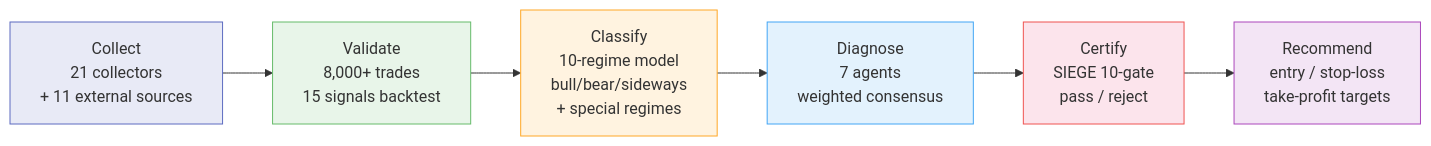
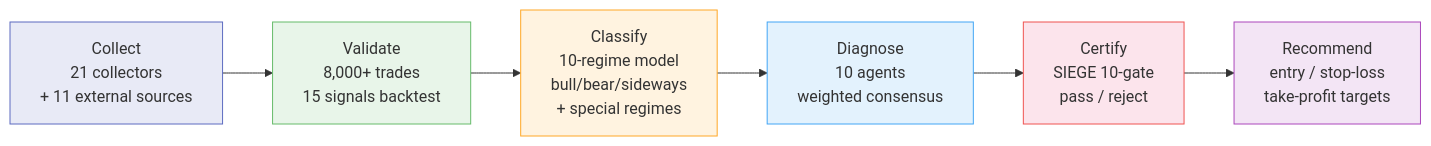
Before and after one commit to researcherhojin/nuri-quant: the diagram in README.md, drawn with Mermaid. The commit also changed other lines of this file and 34 other files, not shown here.

````diff
--- a/README.md
+++ b/README.md
@@ -19,15 +19,15 @@
 ```mermaid
 graph LR
     A["Collect<br/>21 collectors<br/>+ 11 external sources"] --> B["Validate<br/>8,000+ trades<br/>15 signals backtest"]
     B --> C["Classify<br/>10-regime model<br/>bull/bear/sideways<br/>+ special regimes"]
-    C --> D["Diagnose<br/>7 agents<br/>weighted consensus"]
+    C --> D["Diagnose<br/>10 agents<br/>weighted consensus"]
     D --> E["Certify<br/>SIEGE 10-gate<br/>pass / reject"]
     E --> F["Recommend<br/>entry / stop-loss<br/>take-profit targets"]
 
     style A fill:#e8eaf6,stroke:#5c6bc0
     style B fill:#e8f5e9,stroke:#66bb6a
     style C fill:#fff3e0,stroke:#ffa726
     style D fill:#e3f2fd,stroke:#42a5f5
     style E fill:#fce4ec,stroke:#ef5350
     style F fill:#f3e5f5,stroke:#ab47bc
 ```
````
